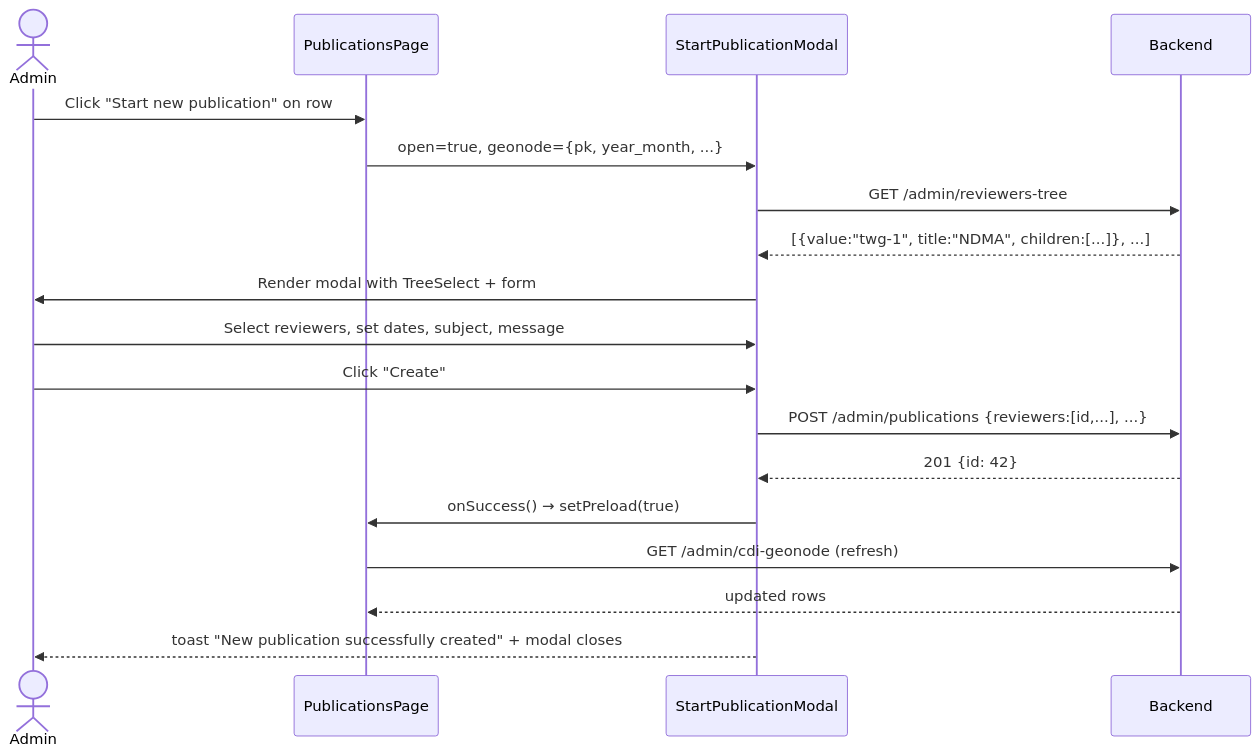
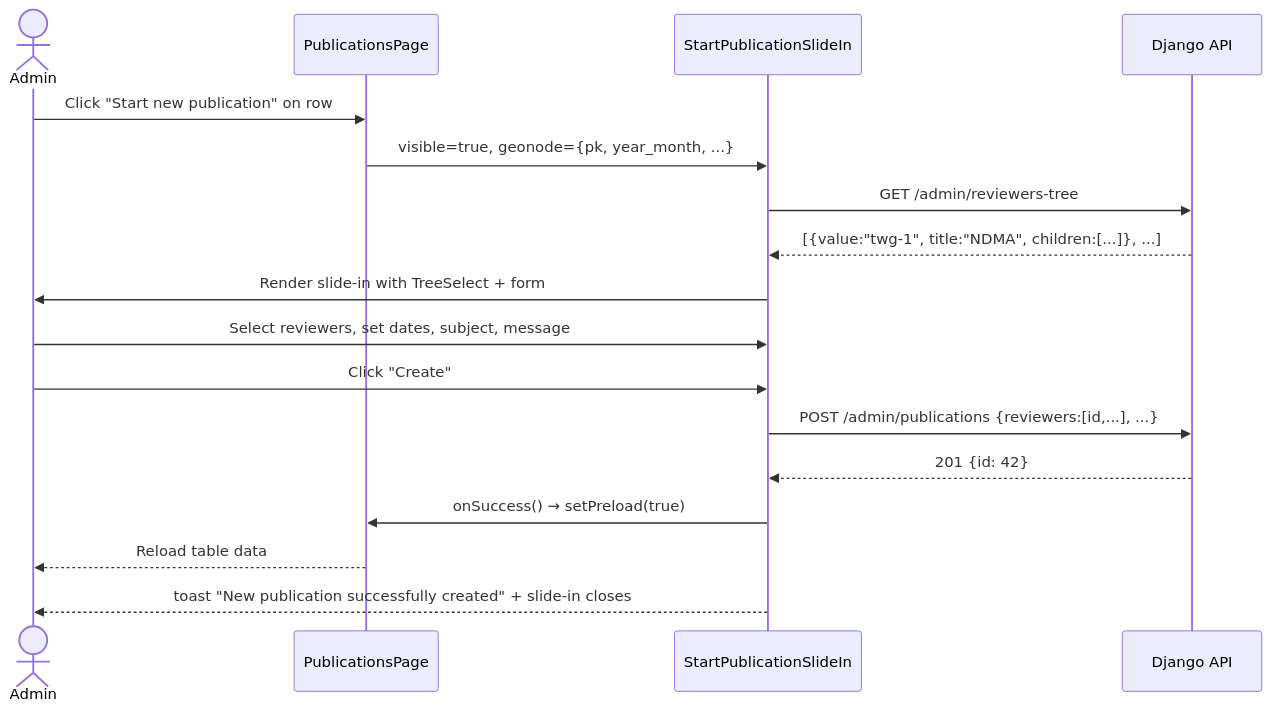
One commit to akvo/eswatini-droughtmap-hub changed the diagram in eswatini-v2/docs/track-2/start-new-publication.md. Above: the diagram before and after it, drawn with Mermaid. The commit also changed other lines of this file, not shown here.

Commit message:
[#147] docs: update start new publication specs to slide-in drawer layout

````diff
--- a/eswatini-v2/docs/track-2/start-new-publication.md
+++ b/eswatini-v2/docs/track-2/start-new-publication.md
@@ -391,21 +391,20 @@
 ```mermaid
 sequenceDiagram
     actor Admin
     participant List as PublicationsPage
-    participant Modal as StartPublicationModal
-    participant BE as Backend
+    participant SlideIn as StartPublicationSlideIn
+    participant BE as Django API
 
     Admin->>List: Click "Start new publication" on row
-    List->>Modal: open=true, geonode={pk, year_month, ...}
-    Modal->>BE: GET /admin/reviewers-tree
-    BE-->>Modal: [{value:"twg-1", title:"NDMA", children:[...]}, ...]
-    Modal->>Admin: Render modal with TreeSelect + form
-    Admin->>Modal: Select reviewers, set dates, subject, message
-    Admin->>Modal: Click "Create"
-    Modal->>BE: POST /admin/publications {reviewers:[id,...], ...}
-    BE-->>Modal: 201 {id: 42}
-    Modal->>List: onSuccess() → setPreload(true)
-    List->>BE: GET /admin/cdi-geonode (refresh)
-    BE-->>List: updated rows
-    Modal-->>Admin: toast "New publication successfully created" + modal closes
+    List->>SlideIn: visible=true, geonode={pk, year_month, ...}
+    SlideIn->>BE: GET /admin/reviewers-tree
+    BE-->>SlideIn: [{value:"twg-1", title:"NDMA", children:[...]}, ...]
+    SlideIn->>Admin: Render slide-in with TreeSelect + form
+    Admin->>SlideIn: Select reviewers, set dates, subject, message
+    Admin->>SlideIn: Click "Create"
+    SlideIn->>BE: POST /admin/publications {reviewers:[id,...], ...}
+    BE-->>SlideIn: 201 {id: 42}
+    SlideIn->>List: onSuccess() → setPreload(true)
+    List-->>Admin: Reload table data
+    SlideIn-->>Admin: toast "New publication successfully created" + slide-in closes
 ```
````
